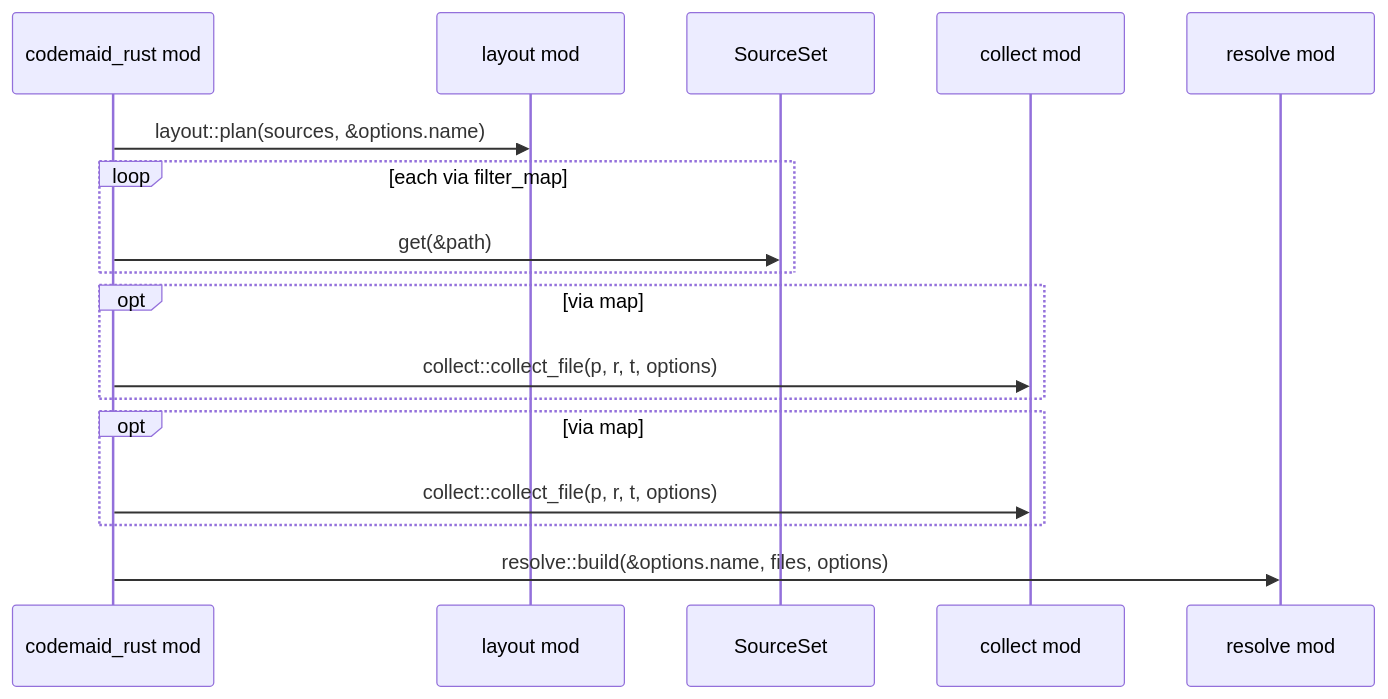
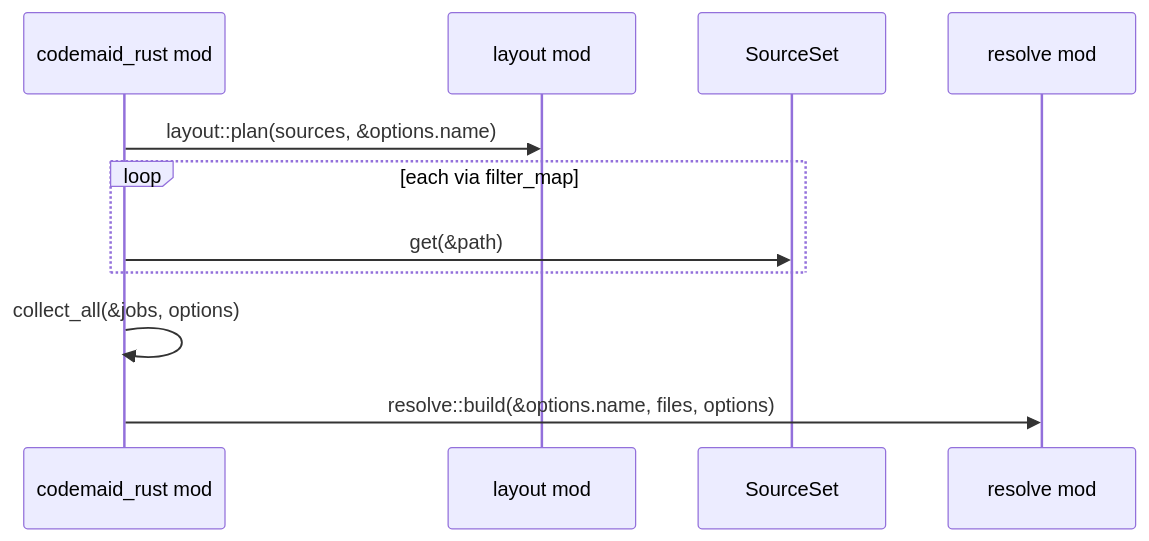
One commit to DreamLab-AI/codemaid changed the second of 5 diagrams in docs/codemaid/crates/codemaid-rust/src/lib.rs.md. Above: the diagram before and after it, drawn with Mermaid. The commit also changed other lines of this file and 29 other files, not shown here.

````diff
--- a/docs/codemaid/crates/codemaid-rust/src/lib.rs.md
+++ b/docs/codemaid/crates/codemaid-rust/src/lib.rs.md
@@ -71,19 +87,13 @@
 ```mermaid
 sequenceDiagram
   participant codemaid_rust as codemaid_rust mod
   participant codemaid_rust__layout as layout mod
   participant codemaid_model__source__SourceSet as SourceSet
-  participant codemaid_rust__collect as collect mod
   participant codemaid_rust__resolve as resolve mod
   codemaid_rust->>codemaid_rust__layout: layout::plan(sources, &options.name)
   loop each via filter_map
     codemaid_rust->>codemaid_model__source__SourceSet: get(&path)
   end
-  opt via map
-    codemaid_rust->>codemaid_rust__collect: collect::collect_file(p, r, t, options)
-  end
-  opt via map
-    codemaid_rust->>codemaid_rust__collect: collect::collect_file(p, r, t, options)
-  end
+  codemaid_rust->>codemaid_rust: collect_all(&jobs, options)
   codemaid_rust->>codemaid_rust__resolve: resolve::build(&options.name, files, options)
 ```
````
